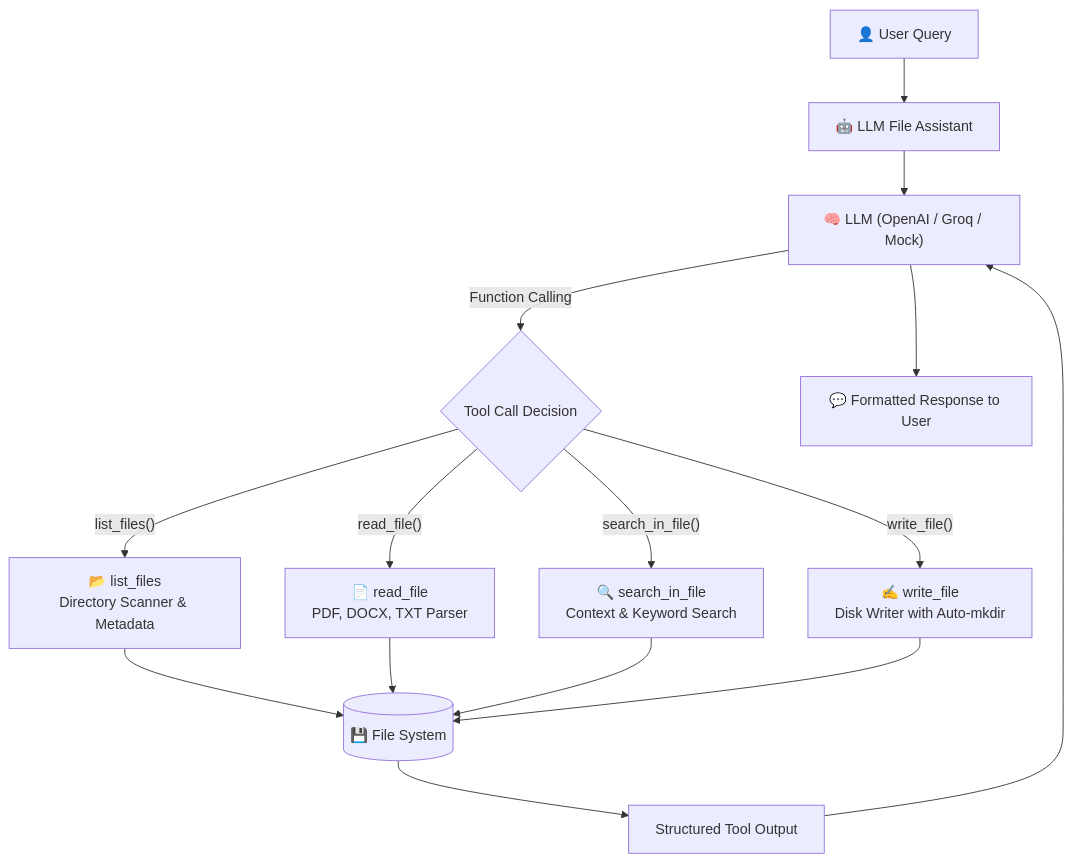
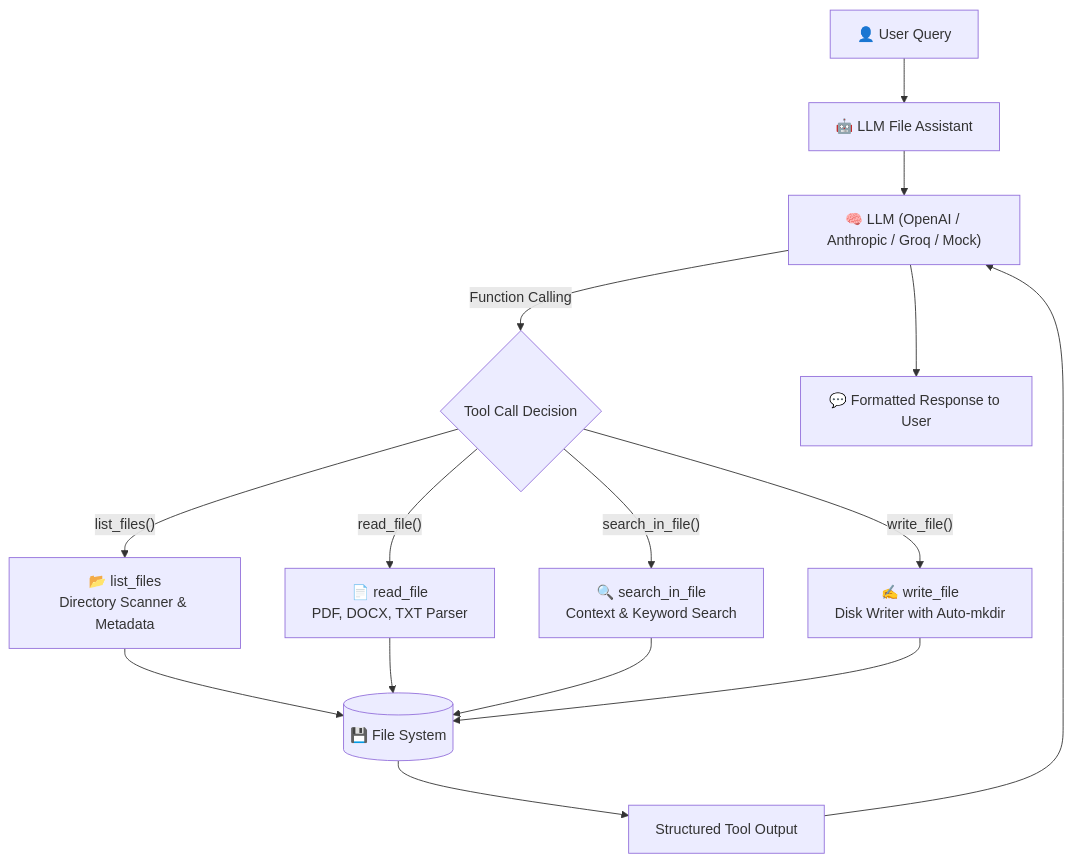
One commit to Shubhankart101/LLM-PoweredFileSystemAssistant changed the diagram in README.md. Above: the diagram before and after it, drawn with Mermaid. The commit also changed other lines of this file, not shown here.

Commit message:
Update README with Anthropic support and 24-test coverage

````diff
--- a/README.md
+++ b/README.md
@@ -19,21 +19,21 @@
 ```mermaid
 flowchart TD
     User["👤 User Query"] --> Assistant["🤖 LLM File Assistant"]
-    Assistant --> LLM["🧠 LLM (OpenAI / Groq / Mock)"]
+    Assistant --> LLM["🧠 LLM (OpenAI / Anthropic / Groq / Mock)"]
     
     LLM -- Function Calling --> ToolDecision{"Tool Call Decision"}
     
     ToolDecision -->|"list_files()"| T1["📂 list_files<br/>Directory Scanner & Metadata"]
     ToolDecision -->|"read_file()"| T2["📄 read_file<br/>PDF, DOCX, TXT Parser"]
     ToolDecision -->|"search_in_file()"| T3["🔍 search_in_file<br/>Context & Keyword Search"]
     ToolDecision -->|"write_file()"| T4["✍️ write_file<br/>Disk Writer with Auto-mkdir"]
     
     T1 --> FileSys[("💾 File System")]
     T2 --> FileSys
     T3 --> FileSys
     T4 --> FileSys
     
     FileSys --> Results["Structured Tool Output"]
     Results --> LLM
     LLM --> Final["💬 Formatted Response to User"]
 ```
````
